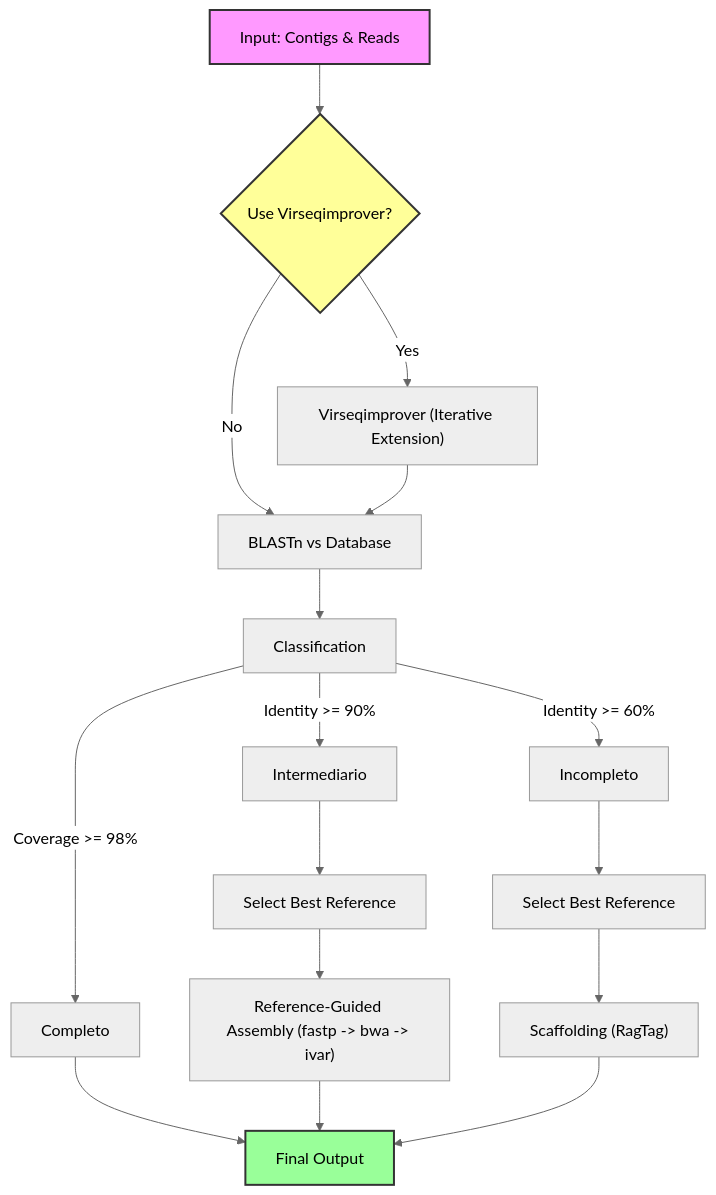
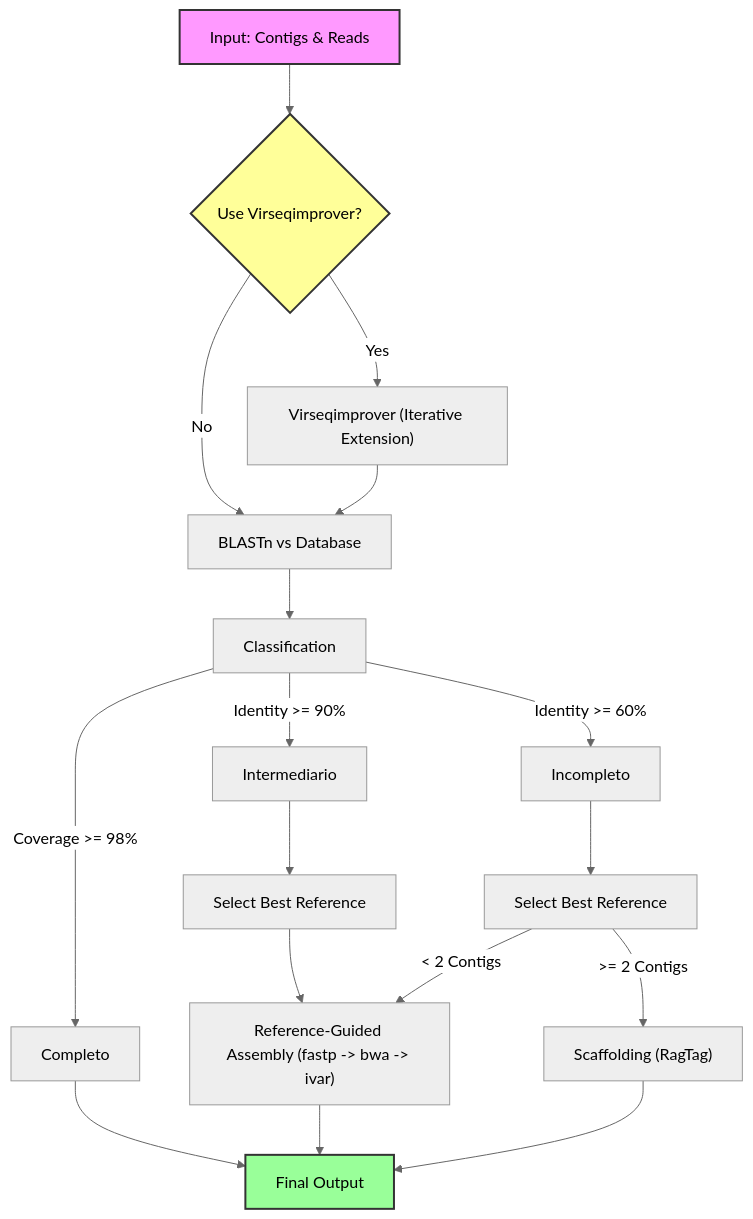
The diagram in README.md (WallauBioinfo/virasca), drawn with Mermaid (neutral theme) before and after one commit. The commit also changed other lines of this file and 16 other files, not shown here.

````diff
--- a/README.md
+++ b/README.md
@@ -80,26 +112,27 @@
 ```mermaid
 graph TD
     Start["Input: Contigs  & Reads"] --> Decision{"Use Virseqimprover?"}
     Decision -- Yes --> Virseq["Virseqimprover (Iterative Extension)"]
     Decision -- No --> Blast["BLASTn vs Database"]
     Virseq --> Blast
     Blast --> Classify["Classification"]
     
     Classify -->|Coverage >= 98%| Comp["Completo"]
     Classify -->|Identity >= 90%| Inter["Intermediario"]
     Classify -->|Identity >= 60%| Inc["Incompleto"]
     
     Comp --> Output["Final Output"]
     
     Inter --> RefSel1["Select Best Reference"]
     RefSel1 --> Assembly["Reference-Guided Assembly (fastp -> bwa -> ivar)"]
     Assembly --> Output
     
     Inc --> RefSel2["Select Best Reference"]
-    RefSel2 --> RagTag["Scaffolding (RagTag)"]
+    RefSel2 -->|>= 2 Contigs| RagTag["Scaffolding (RagTag)"]
+    RefSel2 -->|< 2 Contigs| Assembly
     RagTag --> Output
     
     style Start fill:#f9f,stroke:#333,stroke-width:2px
     style Output fill:#9f9,stroke:#333,stroke-width:2px
     style Decision fill:#ff9,stroke:#333,stroke-width:2px
 ```
````
